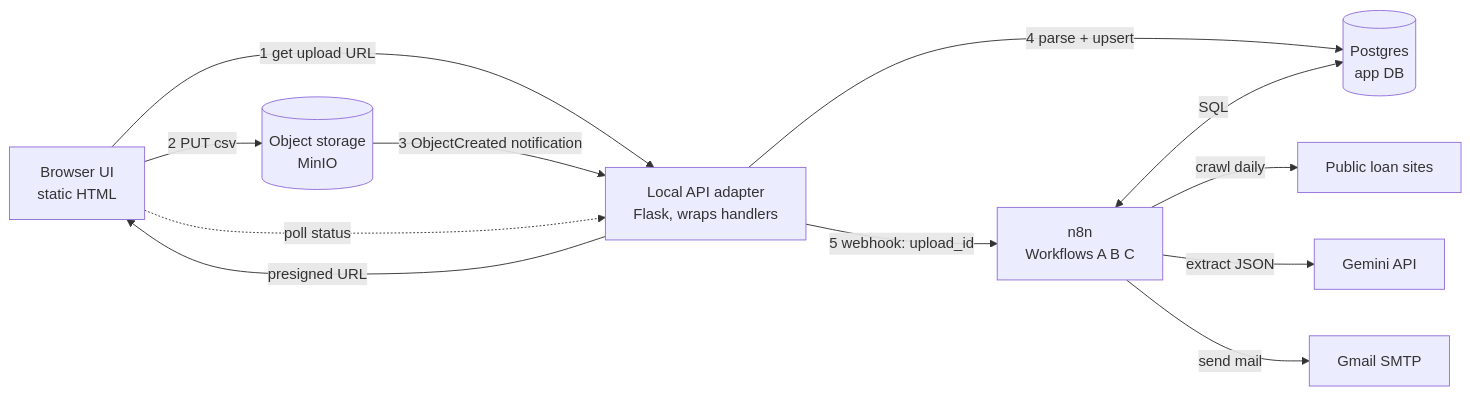
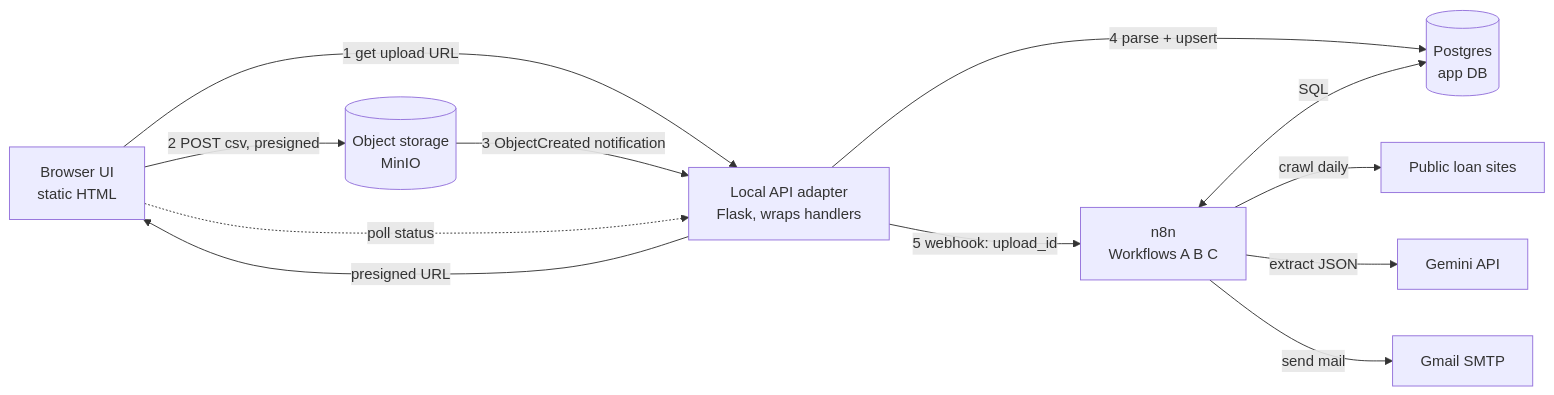
The first of 7 diagrams in planning/architecture.md (ChandanKhamitkar/loan-eligibility-engine), drawn with Mermaid before and after one commit. The commit also changed other lines of this file and 31 other files, not shown here.

````diff
--- a/planning/architecture.md
+++ b/planning/architecture.md
@@ -9,14 +9,14 @@
 ```mermaid
 flowchart LR
     UI["Browser UI<br/>static HTML"] -->|"1 get upload URL"| API["Local API adapter<br/>Flask, wraps handlers"]
     API -->|"presigned URL"| UI
-    UI -->|"2 PUT csv"| OBJ[("Object storage<br/>MinIO")]
+    UI -->|"2 POST csv, presigned"| OBJ[("Object storage<br/>MinIO")]
     OBJ -->|"3 ObjectCreated notification"| API
     API -->|"4 parse + upsert"| PG[("Postgres<br/>app DB")]
     API -->|"5 webhook: upload_id"| N8N["n8n<br/>Workflows A B C"]
     N8N <-->|"SQL"| PG
     N8N -->|"crawl daily"| WEB["Public loan sites"]
     N8N -->|"extract JSON"| LLM["Gemini API"]
     N8N -->|"send mail"| SMTP["Gmail SMTP"]
     UI -.->|"poll status"| API
 ```
````
